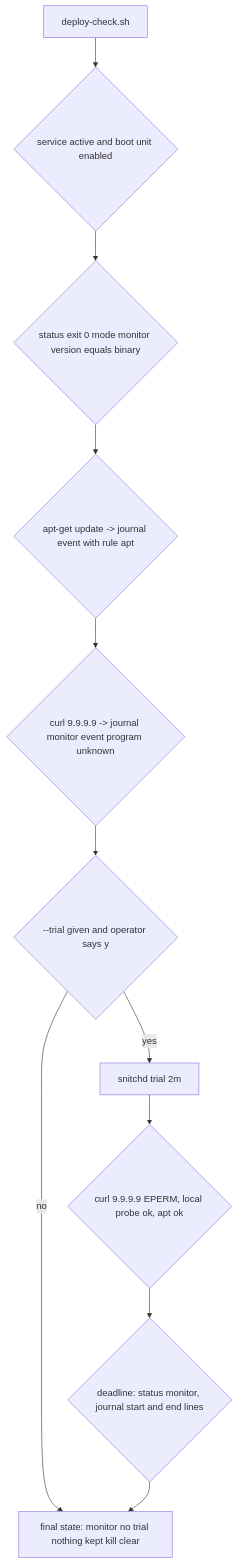
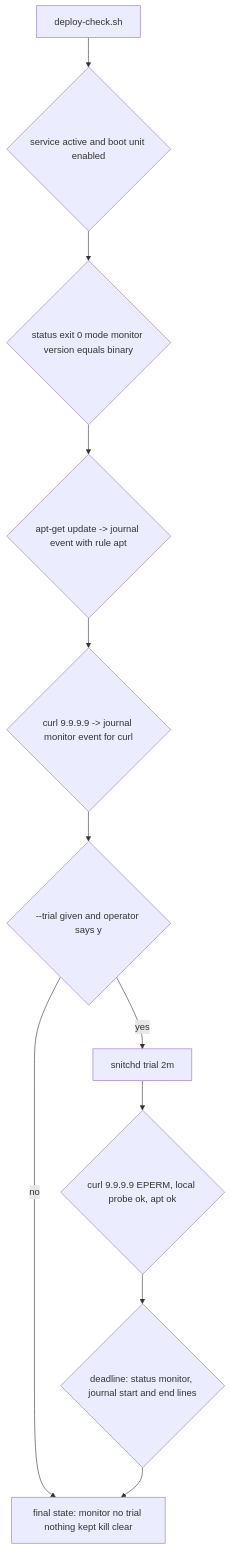
The third of 3 diagrams in .kiro/specs/deploy-service/design.md (norandom/snitch), drawn with Mermaid before and after one commit. The commit also changed other lines of this file, not shown here.

Commit message:
spec(deploy-service): validation wording: drop-in header, curl probe, follow.go writes the version

````diff
--- a/.kiro/specs/deploy-service/design.md
+++ b/.kiro/specs/deploy-service/design.md
@@ -233,13 +233,13 @@
 ```mermaid
 flowchart TD
     A[deploy-check.sh] --> B{service active and boot unit enabled}
     B --> C{status exit 0 mode monitor version equals binary}
     C --> D{apt-get update -> journal event with rule apt}
-    D --> E{curl 9.9.9.9 -> journal monitor event program unknown}
+    D --> E{curl 9.9.9.9 -> journal monitor event for curl}
     E --> F{--trial given and operator says y}
     F -- no --> G[final state: monitor no trial nothing kept kill clear]
     F -- yes --> H[snitchd trial 2m]
     H --> I{curl 9.9.9.9 EPERM, local probe ok, apt ok}
     I --> J{deadline: status monitor, journal start and end lines}
     J --> G
 ```
````
